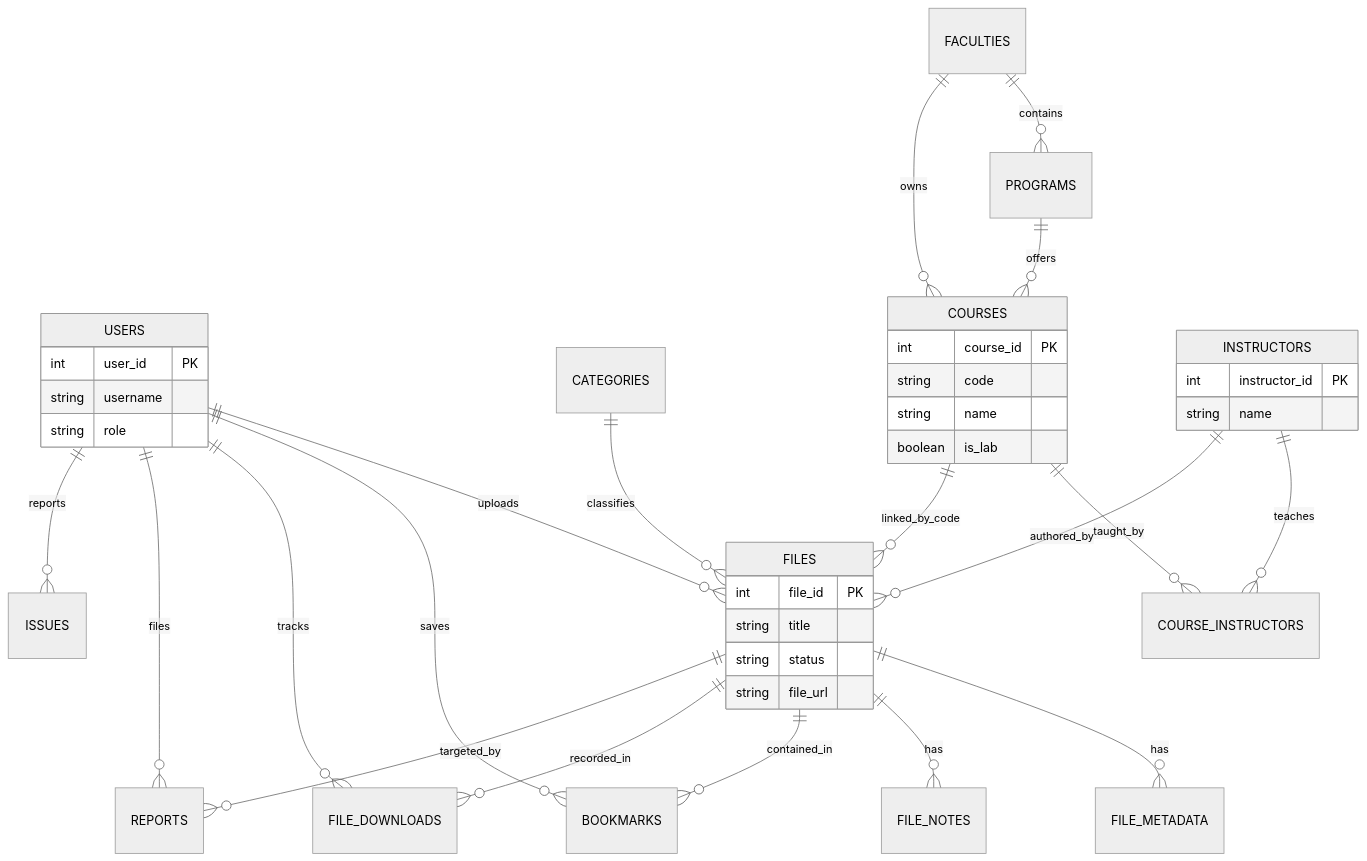
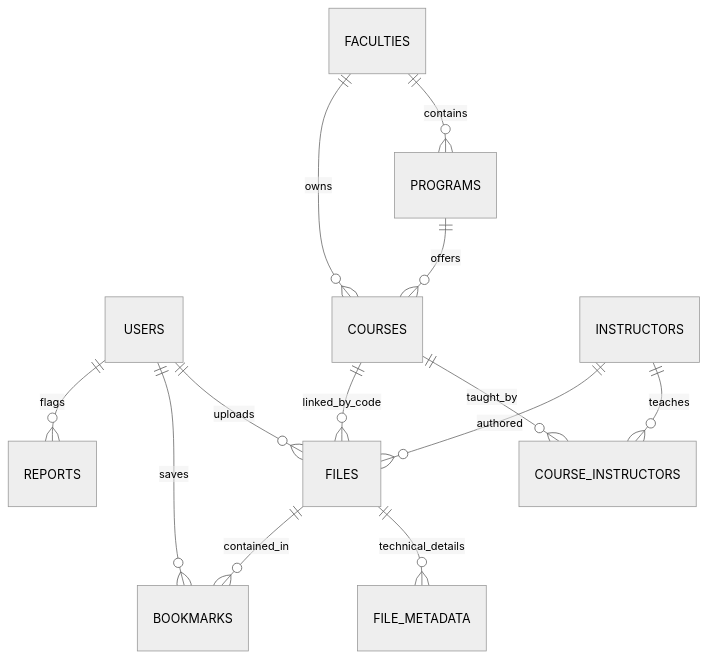
Before and after one commit to Hassan-Raza-Shaikh/giki_course_hub-1: the diagram in PROJECT_FULL_DOCUMENTATION.md, drawn with Mermaid (neutral theme). The commit also changed other lines of this file and 2 other files, not shown here.

````diff
--- a/PROJECT_FULL_DOCUMENTATION.md
+++ b/PROJECT_FULL_DOCUMENTATION.md
@@ -55,49 +94,19 @@
 ```mermaid
 erDiagram
     USERS ||--o{ FILES : "uploads"
     USERS ||--o{ BOOKMARKS : "saves"
-    USERS ||--o{ FILE_DOWNLOADS : "tracks"
-    USERS ||--o{ REPORTS : "files"
-    USERS ||--o{ ISSUES : "reports"
-
-    CATEGORIES ||--o{ FILES : "classifies"
-
+    USERS ||--o{ REPORTS : "flags"
+    
     FACULTIES ||--o{ PROGRAMS : "contains"
     FACULTIES ||--o{ COURSES : "owns"
-
     PROGRAMS ||--o{ COURSES : "offers"
 
     COURSES ||--o{ COURSE_INSTRUCTORS : "taught_by"
     COURSES ||--o{ FILES : "linked_by_code"
 
     INSTRUCTORS ||--o{ COURSE_INSTRUCTORS : "teaches"
-    INSTRUCTORS ||--o{ FILES : "authored_by"
+    INSTRUCTORS ||--o{ FILES : "authored"
 
-    FILES ||--o{ FILE_METADATA : "has"
-    FILES ||--o{ FILE_NOTES : "has"
+    FILES ||--o{ FILE_METADATA : "technical_details"
     FILES ||--o{ BOOKMARKS : "contained_in"
-    FILES ||--o{ FILE_DOWNLOADS : "recorded_in"
-    FILES ||--o{ REPORTS : "targeted_by"
-
-    USERS {
-        int user_id PK
-        string username
-        string role
-    }
-    COURSES {
-        int course_id PK
-        string code
-        string name
-        boolean is_lab
-    }
-    FILES {
-        int file_id PK
-        string title
-        string status
-        string file_url
-    }
-    INSTRUCTORS {
-        int instructor_id PK
-        string name
-    }
 ```
````
